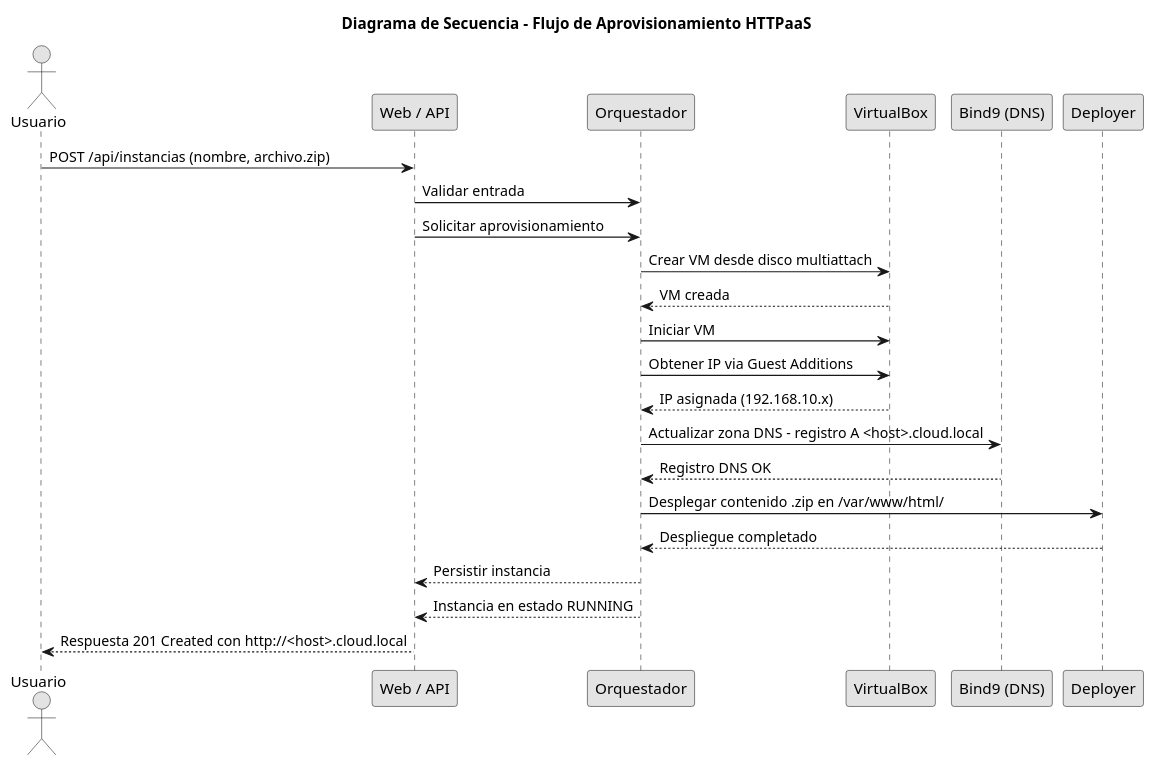
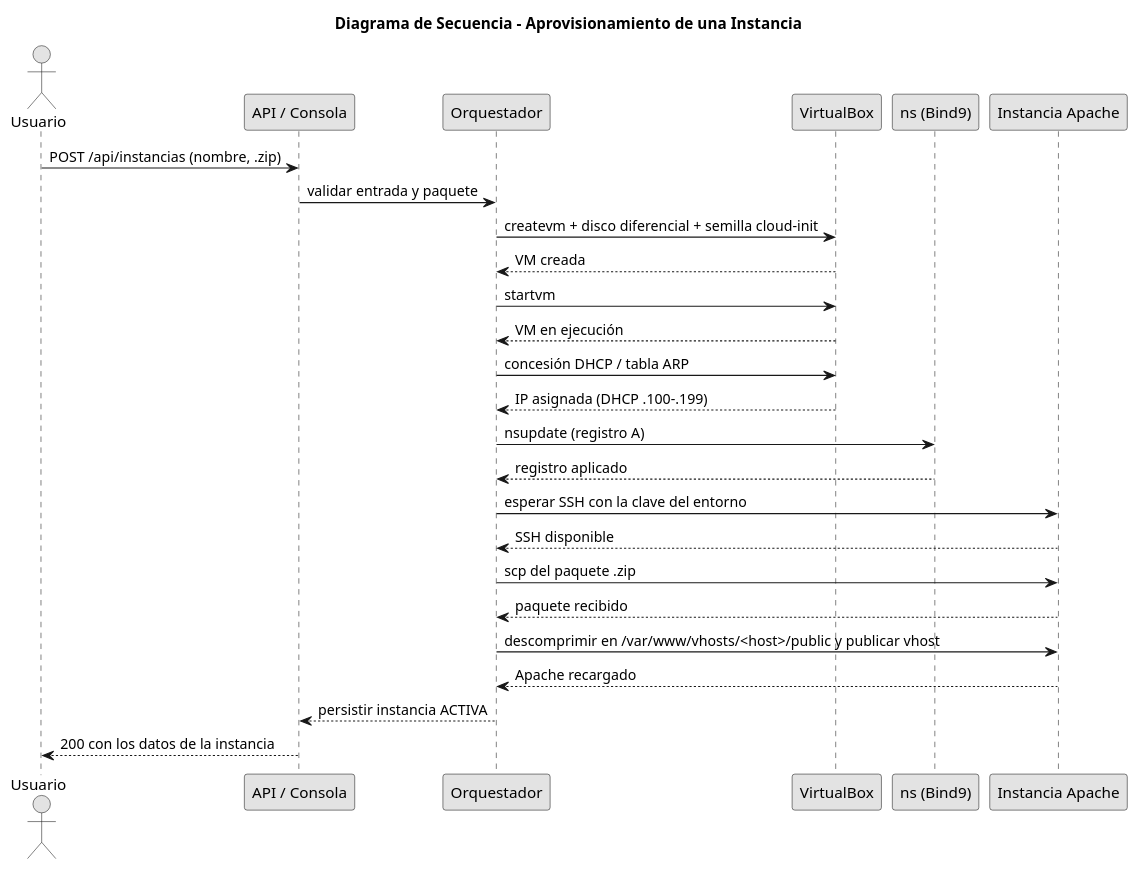
The diagram in docs/diagramas/secuencia.puml (Andrey3681/HTTP-como-servicio), drawn with PlantUML before and after one commit. The commit also changed 16 other files, not shown here.

First line of the commit message:
docs(diagramas): diagrama de contexto SVG y baja de .impeccable

```diff
--- a/docs/diagramas/secuencia.puml
+++ b/docs/diagramas/secuencia.puml
@@ -1,35 +1,34 @@
 @startuml secuencia
 skinparam monochrome true
 skinparam shadowing false
 skinparam defaultTextAlignment left
 
-title Diagrama de Secuencia - Flujo de Aprovisionamiento HTTPaaS
+title Diagrama de Secuencia - Aprovisionamiento de una Instancia
 
 actor Usuario
-participant "Web / API" as API
+participant "API / Consola" as API
 participant "Orquestador" as Orq
 participant "VirtualBox" as VBox
-participant "Bind9 (DNS)" as DNS
-participant "Deployer" as Dep
+participant "ns (Bind9)" as DNS
+participant "Instancia Apache" as VM
 
-Usuario -> API : POST /api/instancias (nombre, archivo.zip)
-API -> Orq : Validar entrada
-API -> Orq : Solicitar aprovisionamiento
-
-Orq -> VBox : Crear VM desde disco multiattach
+Usuario -> API : POST /api/instancias (nombre, .zip)
+API -> Orq : validar entrada y paquete
+Orq -> VBox : createvm + disco diferencial + semilla cloud-init
 VBox --> Orq : VM creada
-Orq -> VBox : Iniciar VM
-Orq -> VBox : Obtener IP via Guest Additions
-VBox --> Orq : IP asignada (192.168.10.x)
-
-Orq -> DNS : Actualizar zona DNS - registro A <host>.cloud.local
-DNS --> Orq : Registro DNS OK
-
-Orq -> Dep : Desplegar contenido .zip en /var/www/html/
-Dep --> Orq : Despliegue completado
-
-Orq --> API : Persistir instancia
-Orq --> API : Instancia en estado RUNNING
-API --> Usuario : Respuesta 201 Created con http://<host>.cloud.local
+Orq -> VBox : startvm
+VBox --> Orq : VM en ejecución
+Orq -> VBox : concesión DHCP / tabla ARP
+VBox --> Orq : IP asignada (DHCP .100-.199)
+Orq -> DNS : nsupdate (registro A)
+DNS --> Orq : registro aplicado
+Orq -> VM : esperar SSH con la clave del entorno
+VM --> Orq : SSH disponible
+Orq -> VM : scp del paquete .zip
+VM --> Orq : paquete recibido
+Orq -> VM : descomprimir en /var/www/vhosts/<host>/public y publicar vhost
+VM --> Orq : Apache recargado
+Orq --> API : persistir instancia ACTIVA
+API --> Usuario : 200 con los datos de la instancia
 
 @enduml
```
